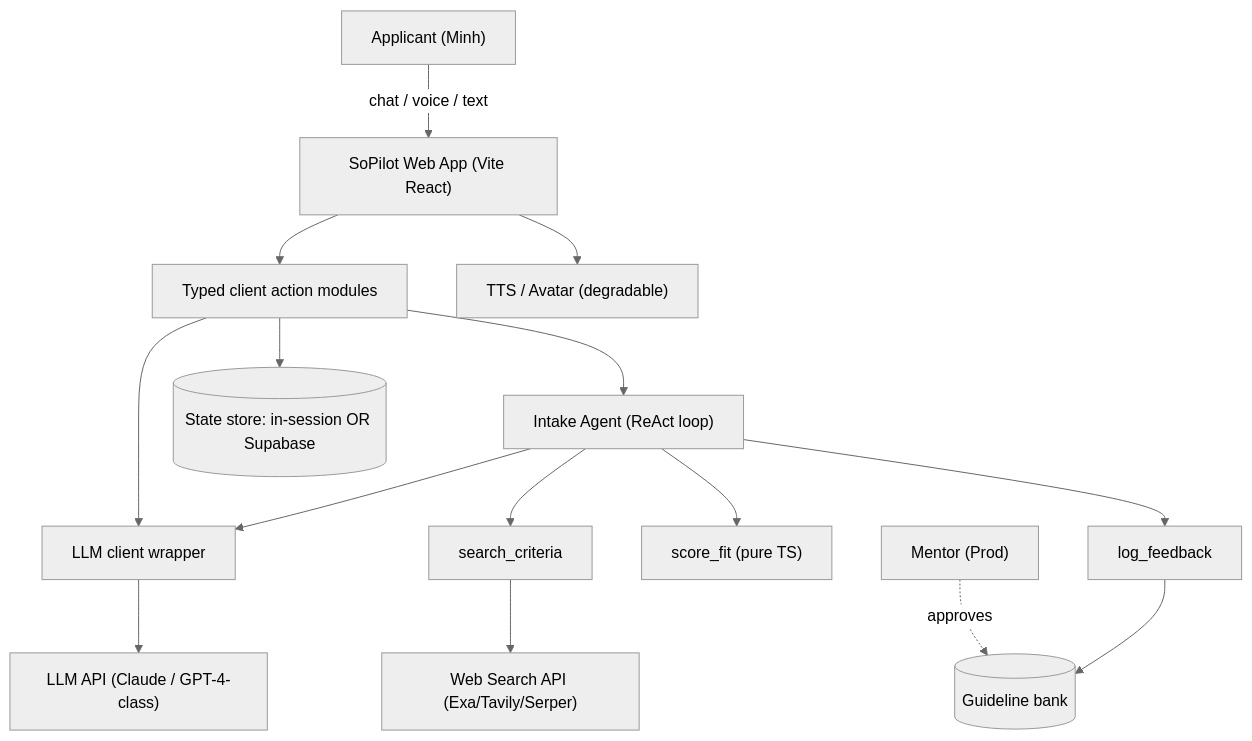
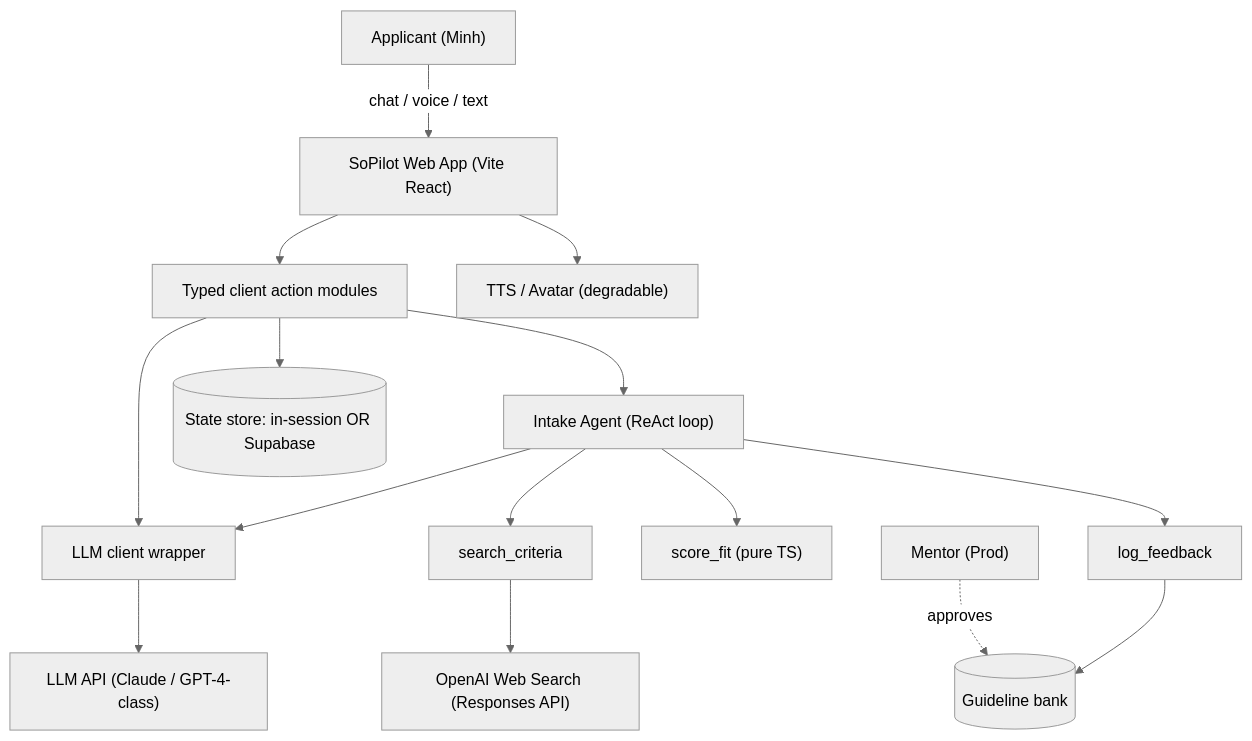
One commit to leduc-anh/codex-hackathon changed the first of 4 diagrams in docs/ARCHITECTURE.md. Above: the diagram before and after it, drawn with Mermaid (neutral theme). The commit also changed other lines of this file and 19 other files, not shown here.

````diff
--- a/docs/ARCHITECTURE.md
+++ b/docs/ARCHITECTURE.md
@@ -9,17 +9,17 @@
 ```mermaid
 flowchart TB
   U["Applicant (Minh)"] -->|chat / voice / text| FE["SoPilot Web App (Vite React)"]
   FE --> API["Typed client action modules"]
   API --> AGENT["Intake Agent (ReAct loop)"]
   API --> LLM["LLM client wrapper"]
   AGENT --> LLM
   LLM --> P["LLM API (Claude / GPT-4-class)"]
   AGENT --> T1["search_criteria"]
   AGENT --> T2["score_fit (pure TS)"]
   AGENT --> T3["log_feedback"]
-  T1 --> SAPI["Web Search API (Exa/Tavily/Serper)"]
+  T1 --> SAPI["OpenAI Web Search (Responses API)"]
   FE --> TTS["TTS / Avatar (degradable)"]
   API --> DB[("State store: in-session OR Supabase")]
   MENTOR["Mentor (Prod)"] -.approves.-> GB[("Guideline bank")]
   T3 --> GB
 ```
````
